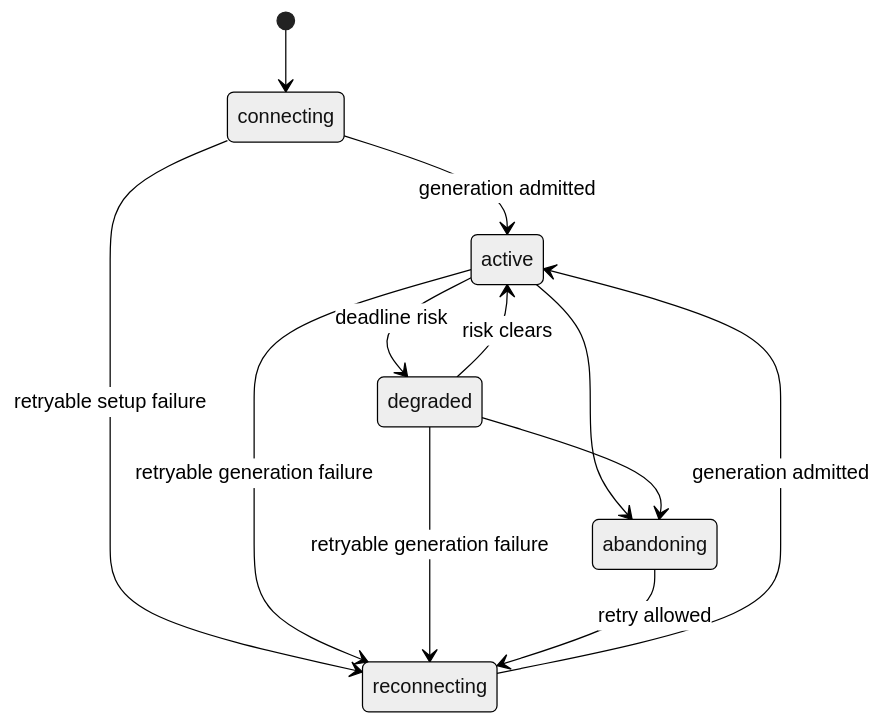
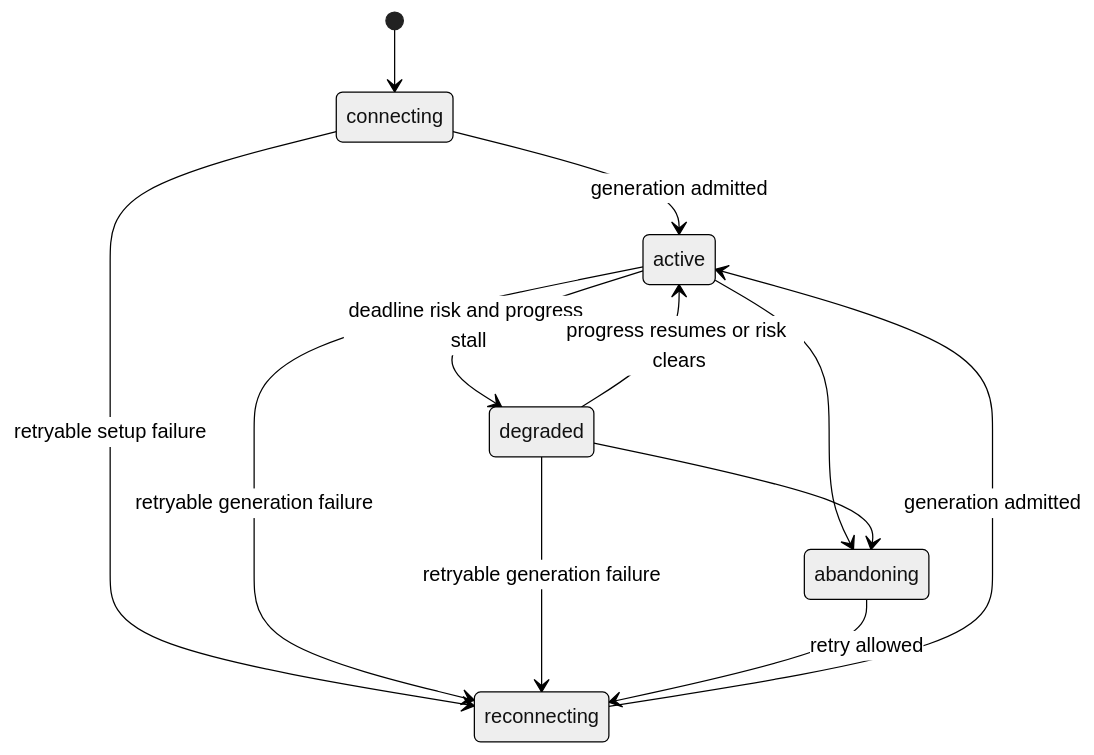
Before and after one commit to aofei/wirehop: the second of 4 diagrams in docs/design.md, drawn with Mermaid (neutral theme). The commit also changed other lines of this file and 25 other files, not shown here.

````diff
--- a/docs/design.md
+++ b/docs/design.md
@@ -137,20 +137,20 @@
 ```mermaid
 stateDiagram-v2
   state "connecting" as Connecting
   state "reconnecting" as Reconnecting
   state "active" as Active
   state "degraded" as Degraded
   state "abandoning" as Abandoning
 
   [*] --> Connecting
   Connecting --> Active: generation admitted
   Connecting --> Reconnecting: retryable setup failure
   Reconnecting --> Active: generation admitted
-  Active --> Degraded: deadline risk
-  Degraded --> Active: risk clears
+  Active --> Degraded: deadline risk and progress stall
+  Degraded --> Active: progress resumes or risk clears
   Active --> Abandoning
   Degraded --> Abandoning
   Active --> Reconnecting: retryable generation failure
   Degraded --> Reconnecting: retryable generation failure
   Abandoning --> Reconnecting: retry allowed
 ```
````
